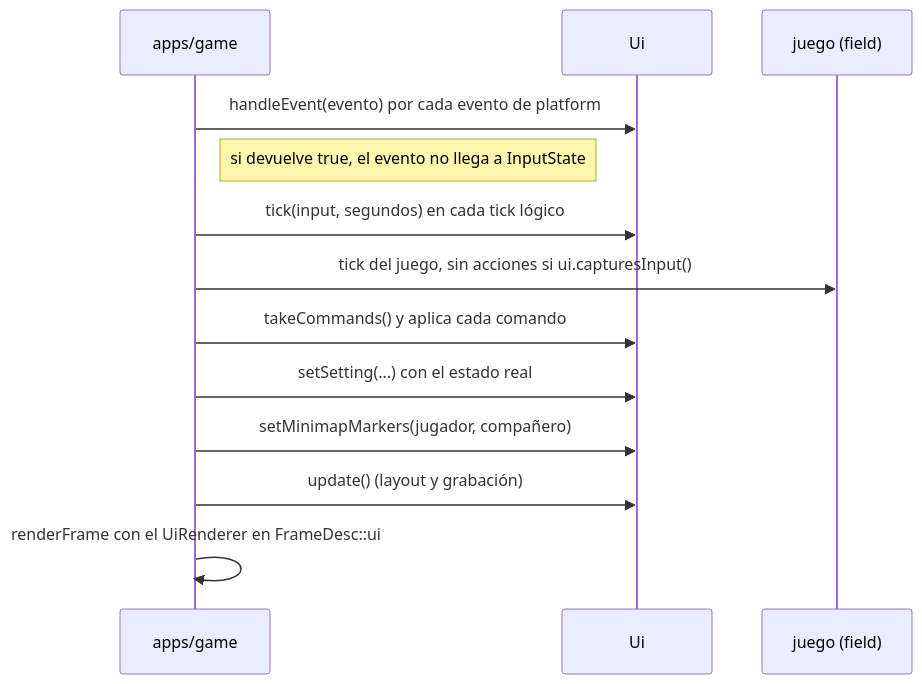
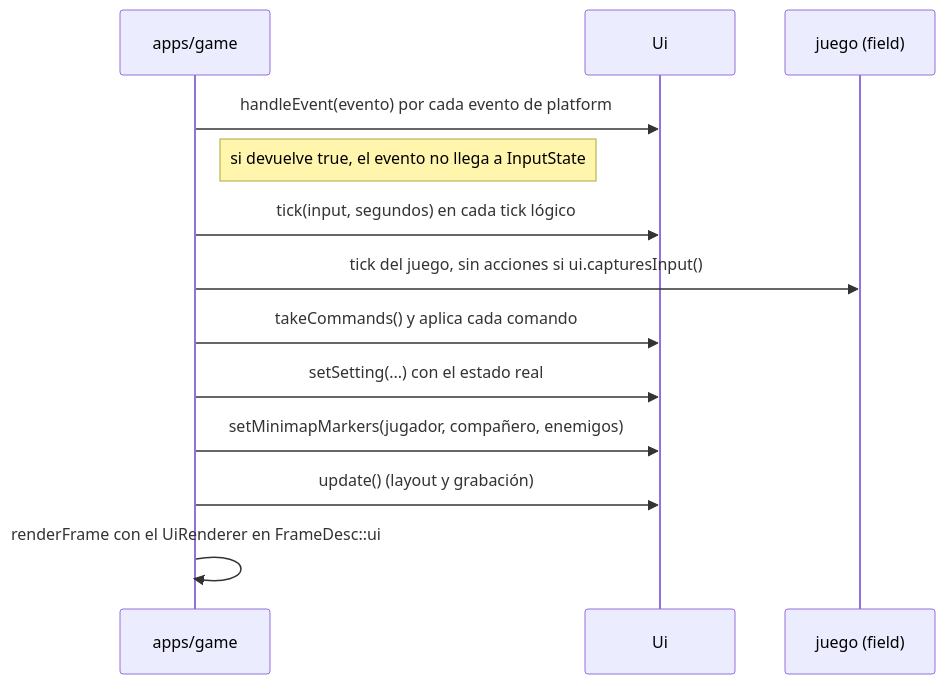
The diagram in docs/architecture/ui.md (Indie-Modding-Games/dw-engine), drawn with Mermaid before and after one commit. The commit also changed other lines of this file and 28 other files, not shown here.

````diff
--- a/docs/architecture/ui.md
+++ b/docs/architecture/ui.md
@@ -29,15 +29,15 @@
 ```mermaid
 sequenceDiagram
     participant App as apps/game
     participant Ui
     participant Game as juego (field)
     App->>Ui: handleEvent(evento) por cada evento de platform
     Note right of App: si devuelve true, el evento no llega a InputState
     App->>Ui: tick(input, segundos) en cada tick lógico
     App->>Game: tick del juego, sin acciones si ui.capturesInput()
     App->>Ui: takeCommands() y aplica cada comando
     App->>Ui: setSetting(...) con el estado real
-    App->>Ui: setMinimapMarkers(jugador, compañero)
+    App->>Ui: setMinimapMarkers(jugador, compañero, enemigos)
     App->>Ui: update() (layout y grabación)
     App->>App: renderFrame con el UiRenderer en FrameDesc::ui
 ```
````
